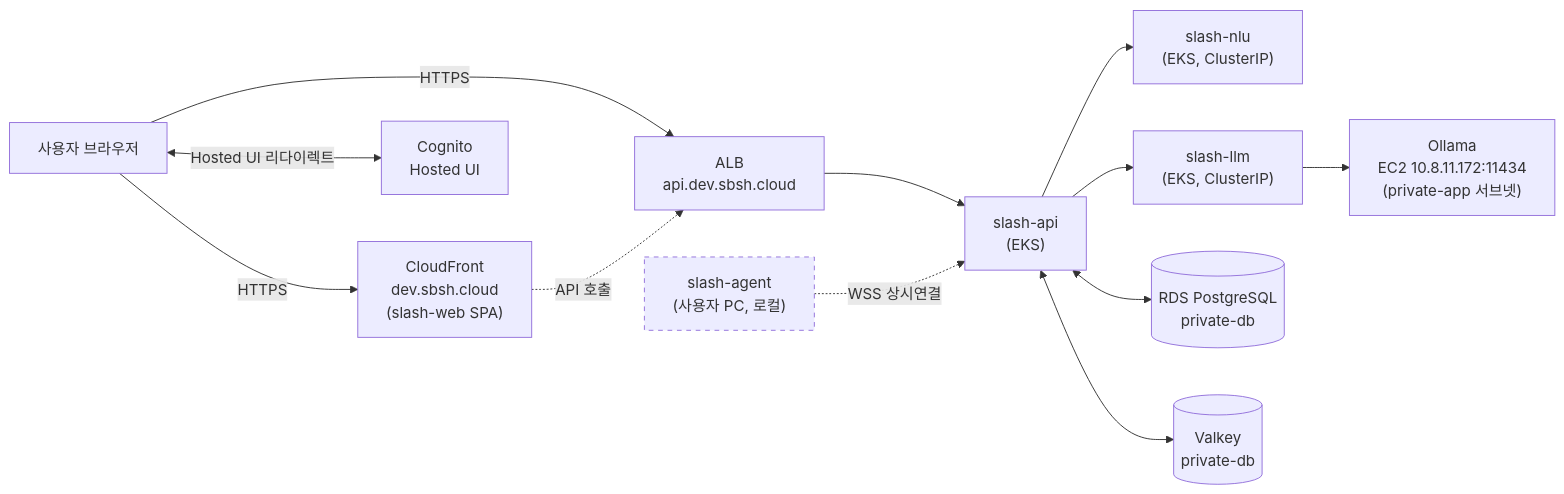
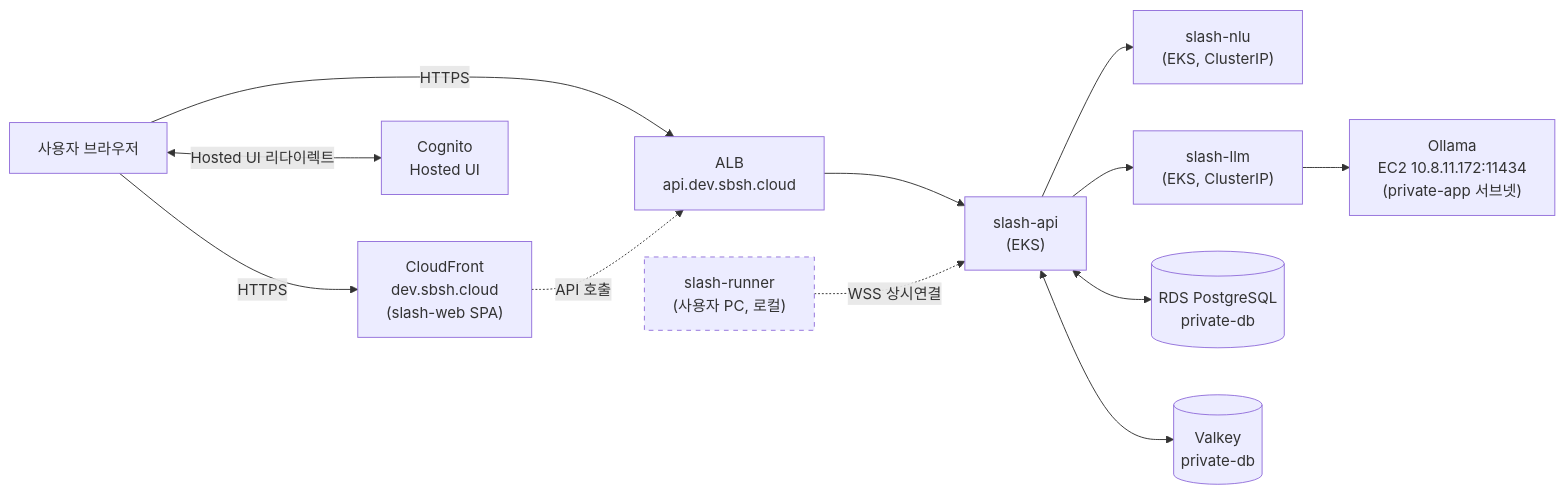
The first of 4 diagrams in docs/user-flow.md (LikeLionTeam4/slash-infra), drawn with Mermaid before and after one commit. The commit also changed other lines of this file and 1 other file, not shown here.

First line of the commit message:
docs: 신규 문서의 slash-agent 참조를 slash-runner로 정정

````diff
--- a/docs/user-flow.md
+++ b/docs/user-flow.md
@@ -13,16 +13,16 @@
 ```mermaid
 flowchart LR
     U["사용자 브라우저"] -->|HTTPS| CF["CloudFront\ndev.sbsh.cloud\n(slash-web SPA)"]
     U -->|HTTPS| ALB["ALB\napi.dev.sbsh.cloud"]
     CF -.->|API 호출| ALB
     U <-->|Hosted UI 리다이렉트| COG["Cognito\nHosted UI"]
     ALB --> API["slash-api\n(EKS)"]
     API --> NLU["slash-nlu\n(EKS, ClusterIP)"]
     API --> LLM["slash-llm\n(EKS, ClusterIP)"]
     LLM --> OLLAMA["Ollama\nEC2 10.8.11.172:11434\n(private-app 서브넷)"]
     API <--> RDS[("RDS PostgreSQL\nprivate-db")]
     API <--> VALKEY[("Valkey\nprivate-db")]
-    AGENT["slash-agent\n(사용자 PC, 로컬)"] -.WSS 상시연결.-> API
+    AGENT["slash-runner\n(사용자 PC, 로컬)"] -.WSS 상시연결.-> API
 
     style AGENT stroke-dasharray: 5 5
 ```
````
